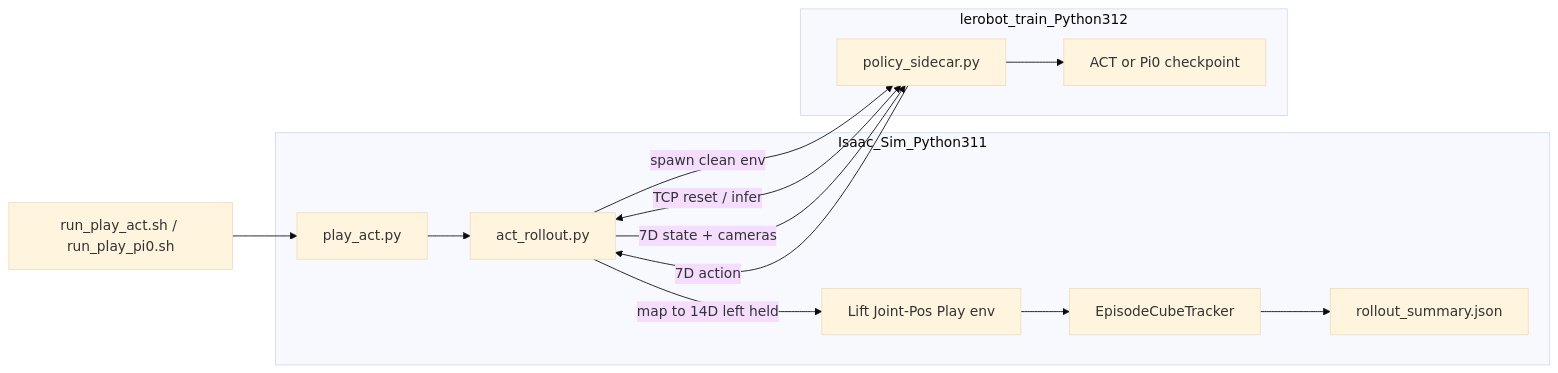
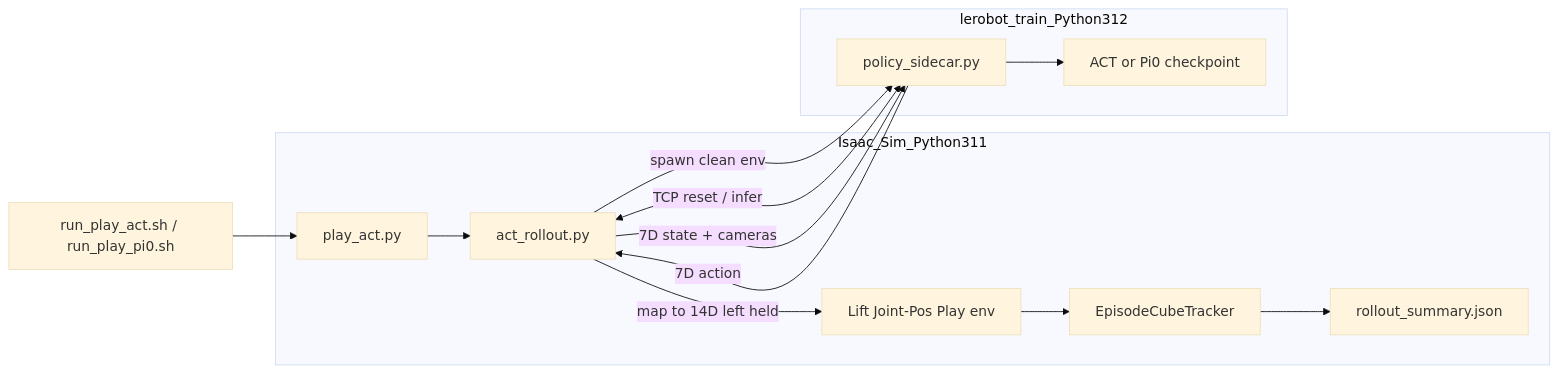
Before and after one commit to trossenmobileai/trossen_ai_isaac: the diagram in docs/epic3/06-evaluation.md, drawn with Mermaid (base theme). The commit also changed other lines of this file and 27 other files, not shown here.

````diff
--- a/docs/epic3/06-evaluation.md
+++ b/docs/epic3/06-evaluation.md
@@ -19,22 +19,30 @@
 ```mermaid
 flowchart LR
-  subgraph isaac [Isaac_Sim_Python311]
-    Play["play_act.py"]
-    Rollout["act_rollout.py"]
-    Env["Lift Joint-Pos Play env"]
-    Tracker["EpisodeCubeTracker"]
-    Summary["rollout_summary.json"]
+ subgraph isaac["Isaac_Sim_Python311"]
+        Play["play_act.py"]
+        Rollout["act_rollout.py"]
+        Env["Lift Joint-Pos Play env"]
+        Tracker["EpisodeCubeTracker"]
+        Summary["rollout_summary.json"]
   end
-  subgraph conda [lerobot_train_Python312]
-    Sidecar["policy_sidecar.py"]
-    Ckpt["ACT or Pi0 checkpoint"]
+ subgraph conda["lerobot_train_Python312"]
+        Sidecar["policy_sidecar.py"]
+        Ckpt["ACT or Pi0 checkpoint"]
   end
-  Wrapper["run_play_act.sh / run_play_pi0.sh"] --> Play --> Rollout
-  Rollout -->|"spawn clean env"| Sidecar
-  Sidecar --> Ckpt
-  Rollout <-->|"TCP reset / infer"| Sidecar
-  Rollout -->|"7D state + cameras"| Sidecar
-  Sidecar -->|"7D action"| Rollout
-  Rollout -->|"map to 14D left held"| Env
-  Env --> Tracker --> Summary
+    Wrapper["run_play_act.sh / run_play_pi0.sh"] --> Play
+    Play --> Rollout
+    Rollout L_Rollout_Sidecar_0@-- spawn clean env --> Sidecar
+    Sidecar --> Ckpt
+    Rollout L_Rollout_Sidecar_2@<-- TCP reset / infer --> Sidecar
+    Rollout L_Rollout_Sidecar_3@-- 7D state + cameras --> Sidecar
+    Rollout -- map to 14D left held --> Env
+    Env --> Tracker
+    Tracker --> Summary
+    Sidecar L_Sidecar_Rollout_0@-- 7D action --> Rollout
+
+
+    L_Rollout_Sidecar_0@{ curve: natural } 
+    L_Rollout_Sidecar_2@{ curve: natural } 
+    L_Rollout_Sidecar_3@{ curve: natural } 
+    L_Sidecar_Rollout_0@{ curve: natural }
 ```
````
